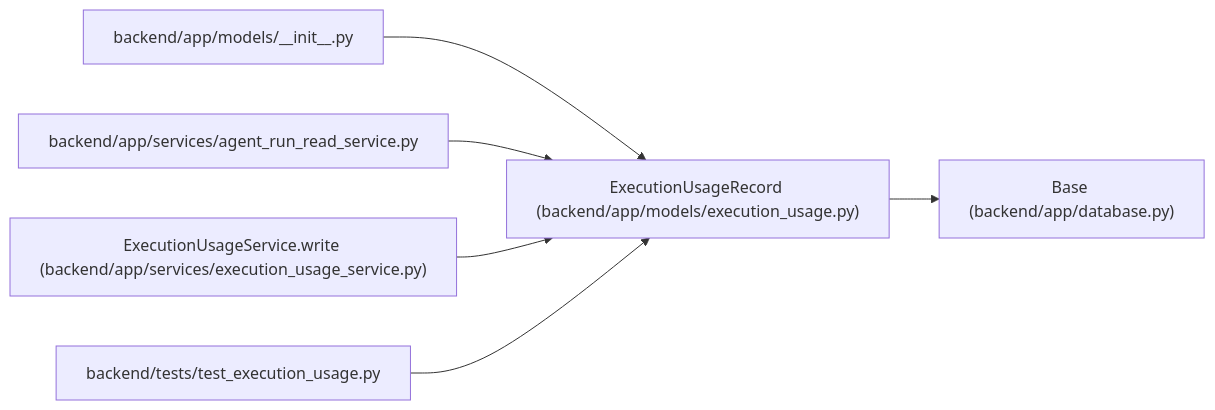
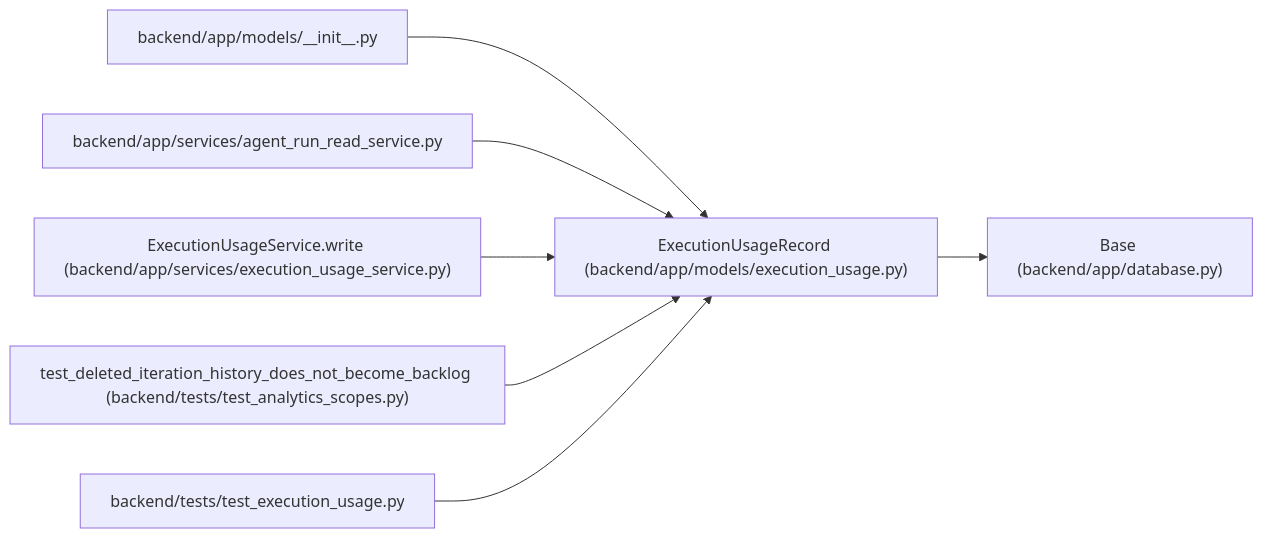
The diagram in docs/llm_wiki/entities/ExecutionUsageRecord.md (Denissvgn/WorkChord), drawn with Mermaid before and after one commit. The commit also changed other lines of this file and 2373 other files, not shown here.

````diff
--- a/docs/llm_wiki/entities/ExecutionUsageRecord.md
+++ b/docs/llm_wiki/entities/ExecutionUsageRecord.md
@@ -40,20 +40,23 @@
 ```mermaid
 flowchart LR
     n0["ExecutionUsageRecord (backend/app/models/execution_usage.py)"]
     n1["Base (backend/app/database.py)"]
     n2["backend/app/models/__init__.py"]
     n3["backend/app/services/agent_run_read_service.py"]
     n4["ExecutionUsageService.write (backend/app/services/execution_usage_service.py)"]
-    n5["backend/tests/test_execution_usage.py"]
+    n5["test_deleted_iteration_history_does_not_become_backlog (backend/tests/test_analytics_scopes.py)"]
+    n6["backend/tests/test_execution_usage.py"]
     n0 --> n1
     n2 --> n0
     n3 --> n0
     n4 --> n0
     n5 --> n0
+    n6 --> n0
     click n0 "../modules/models_execution_usage.md"
     click n1 "../modules/app_database.md"
     click n2 "../modules/models___init__.md"
     click n3 "../modules/agent_run_read_service.md"
     click n4 "../modules/execution_usage_service.md"
-    click n5 "../modules/test_execution_usage.md"
+    click n5 "../modules/test_analytics_scopes.md"
+    click n6 "../modules/test_execution_usage.md"
 ```
````
